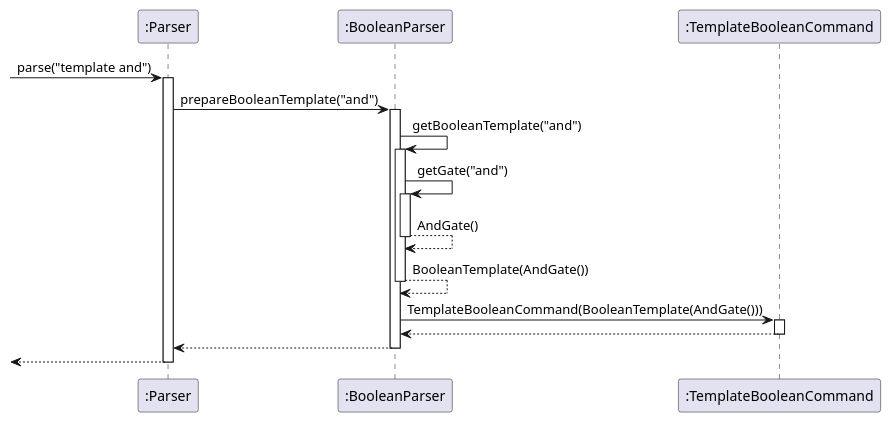
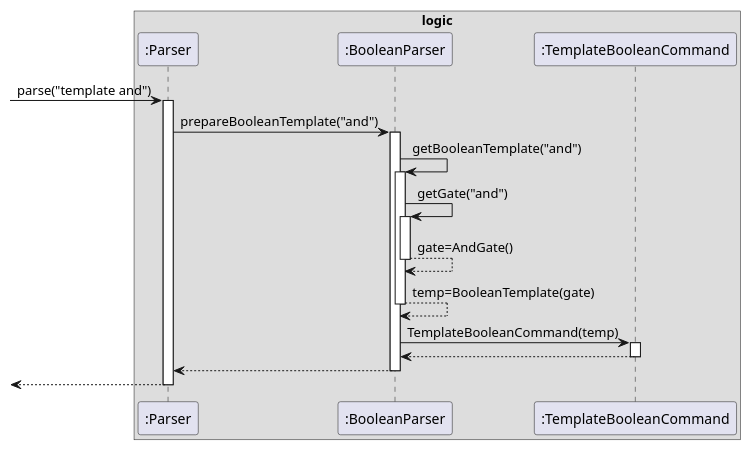
One commit to sevenseasofbri/tp changed the diagram in docs/diagrams/TemplateBooleanCommand.puml. Above: the diagram before and after it, drawn with PlantUML. The commit also changed 28 other files, not shown here.

Commit message:
Update UML diagram consistency

```diff
--- a/docs/diagrams/TemplateBooleanCommand.puml
+++ b/docs/diagrams/TemplateBooleanCommand.puml
@@ -1,38 +1,41 @@
 @startuml
+
+box logic
 [->":Parser": parse("template and")
 
 activate ":Parser"
 
 ":Parser"-> ":BooleanParser": prepareBooleanTemplate("and")
 
 activate ":BooleanParser"
 
 ":BooleanParser" -> ":BooleanParser": getBooleanTemplate("and")
 
 activate ":BooleanParser"
 
 ":BooleanParser" -> ":BooleanParser": getGate("and")
 
 activate ":BooleanParser"
 
-":BooleanParser" --> ":BooleanParser": AndGate()
+":BooleanParser" --> ":BooleanParser": gate=AndGate()
 
 deactivate ":BooleanParser"
 
-":BooleanParser" --> ":BooleanParser": BooleanTemplate(AndGate())
+":BooleanParser" --> ":BooleanParser": temp=BooleanTemplate(gate)
 
 deactivate ":BooleanParser"
 
-":BooleanParser" -> ":TemplateBooleanCommand": TemplateBooleanCommand(BooleanTemplate(AndGate()))
+":BooleanParser" -> ":TemplateBooleanCommand": TemplateBooleanCommand(temp)
 
 activate ":TemplateBooleanCommand"
 
 ":TemplateBooleanCommand" --> ":BooleanParser"
 deactivate ":TemplateBooleanCommand"
 
 ":BooleanParser" --> ":Parser"
 deactivate ":BooleanParser"
 
 [<-- ":Parser"
 deactivate ":Parser"
+end box
 @enduml
```
